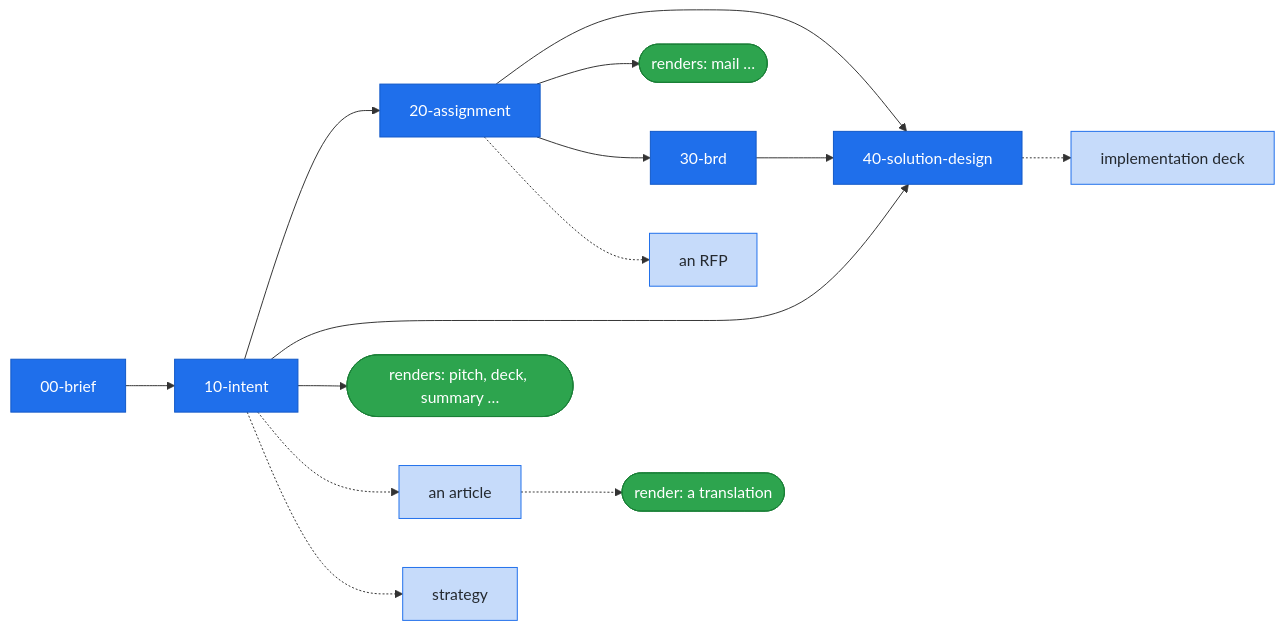
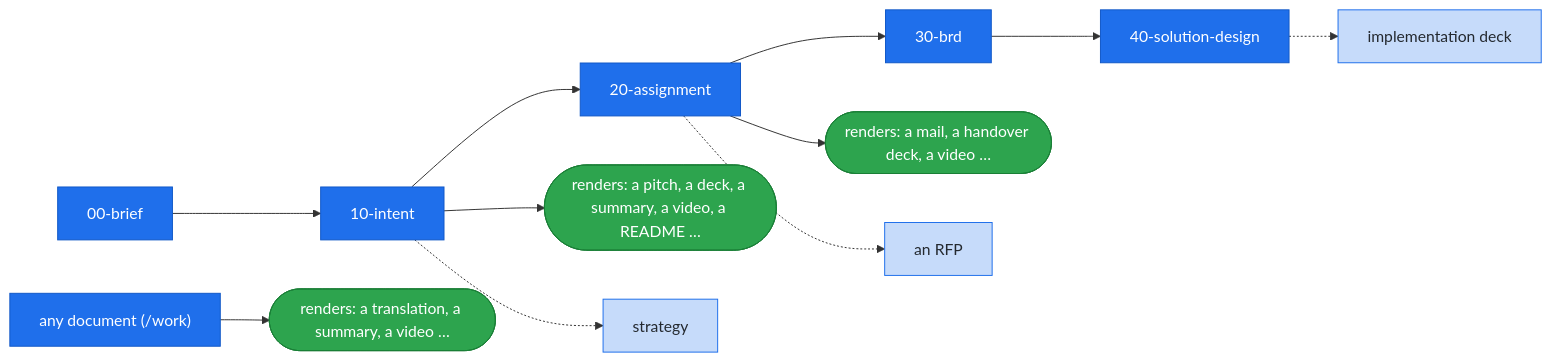
The diagram in README.md (pche-broken-artist/forge-of-thought), drawn with Mermaid before and after one commit. The commit also changed other lines of this file and 54 other files, not shown here.

````diff
--- a/README.md
+++ b/README.md
@@ -264,23 +253,17 @@
 ```mermaid
 flowchart LR
-    B["00-brief"] --> I["10-intent"]
-    I --> A["20-assignment"]
-    I --> SD["40-solution-design"]
-    A --> SD
-    I --> RI(["renders: pitch, deck, summary …"])
-    A --> RA(["renders: mail …"])
-    A --> BRD["30-brd"]
-    BRD --> SD
+    B["00-brief"] --> I["10-intent"] --> A["20-assignment"] --> BRD["30-brd"] --> SD["40-solution-design"]
+    WP["any document (/work)"] --> RT(["renders: a translation, a summary, a video …"])
+    I --> RI(["renders: a pitch, a deck, a summary, a video, a README …"])
+    A --> RA(["renders: a mail, a handover deck, a video …"])
     A -.-> RFP["an RFP"]
-    I -.-> ART["an article"]
-    ART -.-> RT(["render: a translation"])
     I -.-> ST["strategy"]
     SD -.-> IMP["implementation deck"]
 
     classDef built fill:#1f6feb,stroke:#1158c7,color:#ffffff
     classDef future fill:#c6dbfa,stroke:#1f6feb,color:#24292f
     classDef render fill:#2da44e,stroke:#1a7f37,color:#ffffff
-    class B,I,A,BRD,SD built
-    class RFP,ART,ST,IMP future
+    class B,I,A,BRD,SD,WP built
+    class RFP,ST,IMP future
     class RI,RA,RT render
 ```
````
